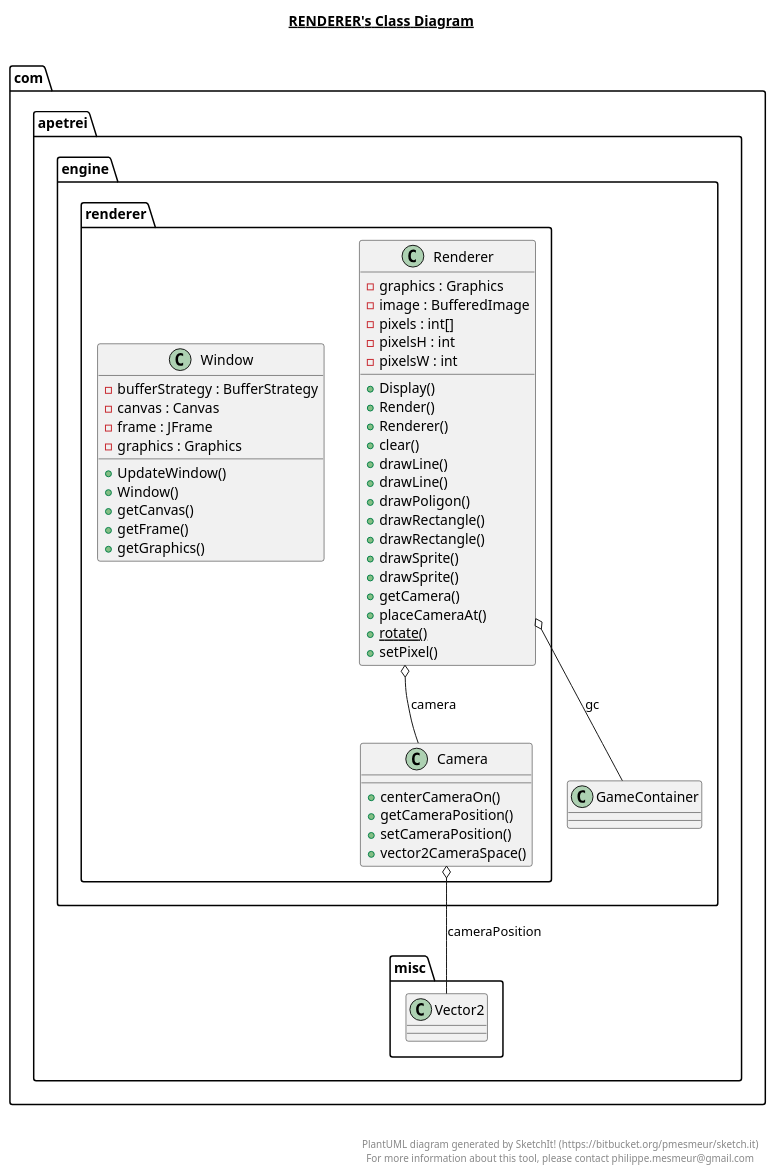
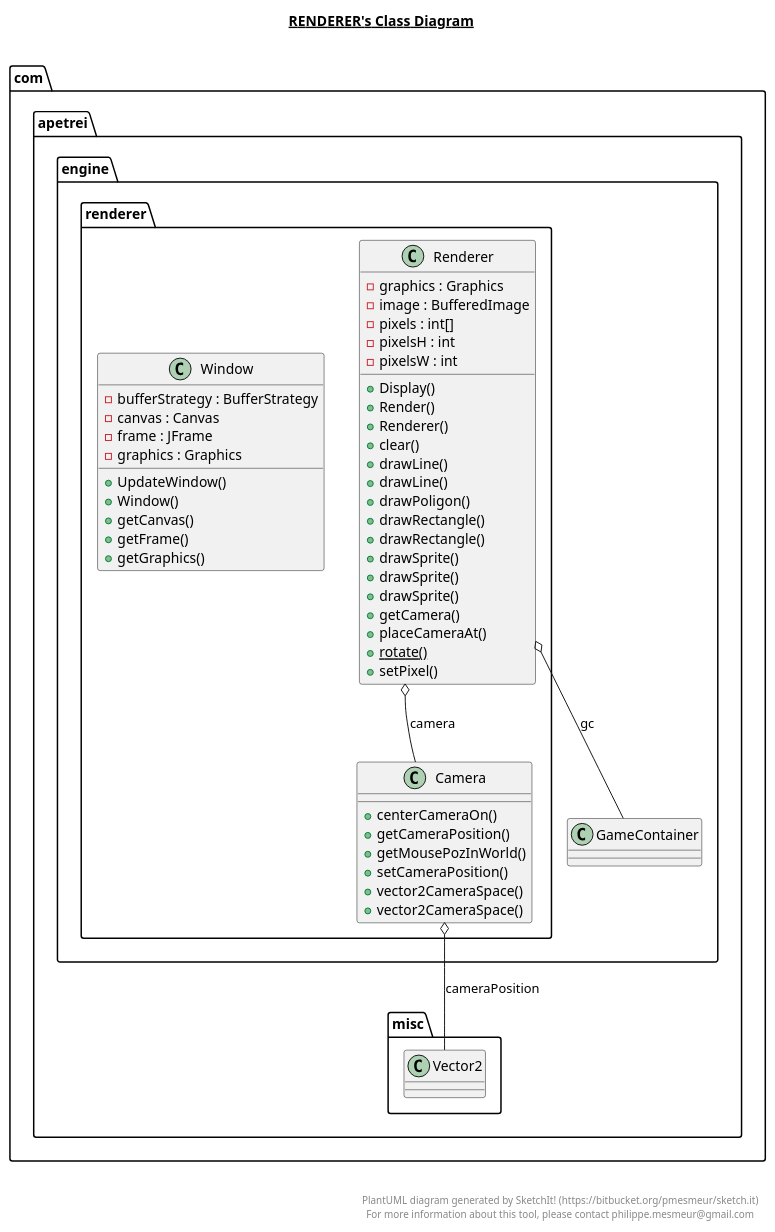
Before and after one commit to TheWiseWolfy/Wild-Sky: the diagram in out/production/Skewed Engine/com/apetrei/engine/renderer/renderer.plantuml, drawn with PlantUML. The commit also changed 38 other files, not shown here.

```diff
--- a/out/production/Skewed Engine/com/apetrei/engine/renderer/renderer.plantuml
+++ b/out/production/Skewed Engine/com/apetrei/engine/renderer/renderer.plantuml
@@ -1,74 +1,77 @@
 @startuml
 
 title __RENDERER's Class Diagram__\n
 
   namespace com.apetrei.engine {
     namespace renderer {
       class com.apetrei.engine.renderer.Camera {
           + centerCameraOn()
           + getCameraPosition()
+          + getMousePozInWorld()
           + setCameraPosition()
+          + vector2CameraSpace()
           + vector2CameraSpace()
       }
     }
   }
   
 
   namespace com.apetrei.engine {
     namespace renderer {
       class com.apetrei.engine.renderer.Renderer {
           - graphics : Graphics
           - image : BufferedImage
           - pixels : int[]
           - pixelsH : int
           - pixelsW : int
           + Display()
           + Render()
           + Renderer()
           + clear()
           + drawLine()
           + drawLine()
           + drawPoligon()
           + drawRectangle()
           + drawRectangle()
+          + drawSprite()
           + drawSprite()
           + drawSprite()
           + getCamera()
           + placeCameraAt()
           {static} + rotate()
           + setPixel()
       }
     }
   }
   
 
   namespace com.apetrei.engine {
     namespace renderer {
       class com.apetrei.engine.renderer.Window {
           - bufferStrategy : BufferStrategy
           - canvas : Canvas
           - frame : JFrame
           - graphics : Graphics
           + UpdateWindow()
           + Window()
           + getCanvas()
           + getFrame()
           + getGraphics()
       }
     }
   }
   
 
   com.apetrei.engine.renderer.Camera o-- com.apetrei.misc.Vector2 : cameraPosition
   com.apetrei.engine.renderer.Renderer o-- com.apetrei.engine.renderer.Camera : camera
   com.apetrei.engine.renderer.Renderer o-- com.apetrei.engine.GameContainer : gc
 
 
 right footer
 
 
 PlantUML diagram generated by SketchIt! (https://bitbucket.org/pmesmeur/sketch.it)
 For more information about this tool, please contact philippe.mesmeur@gmail.com
 endfooter
 
 @enduml
```
